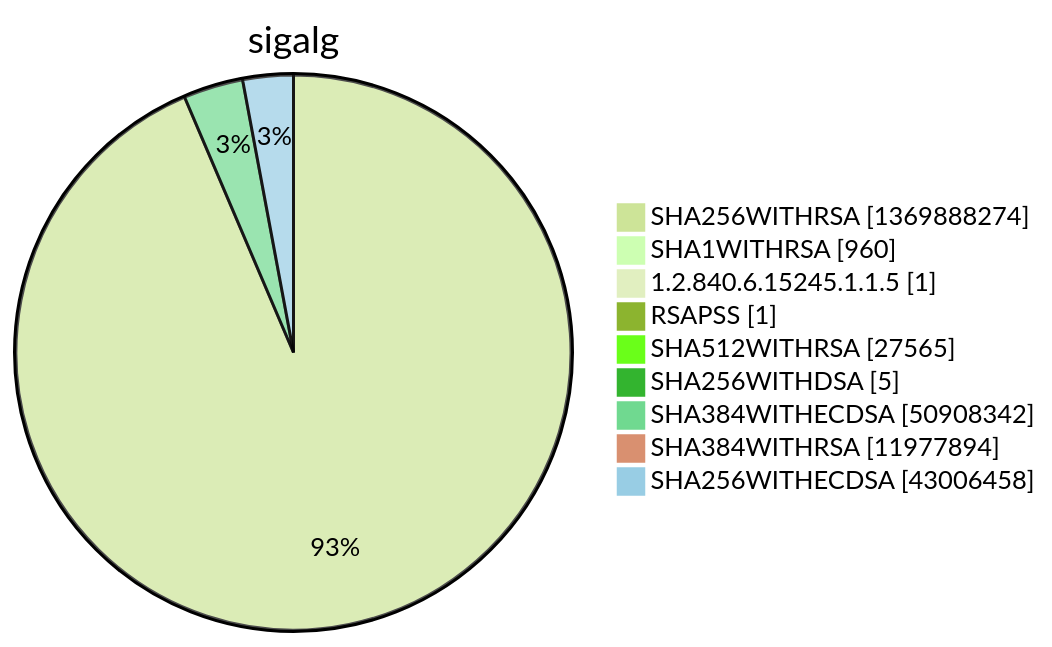
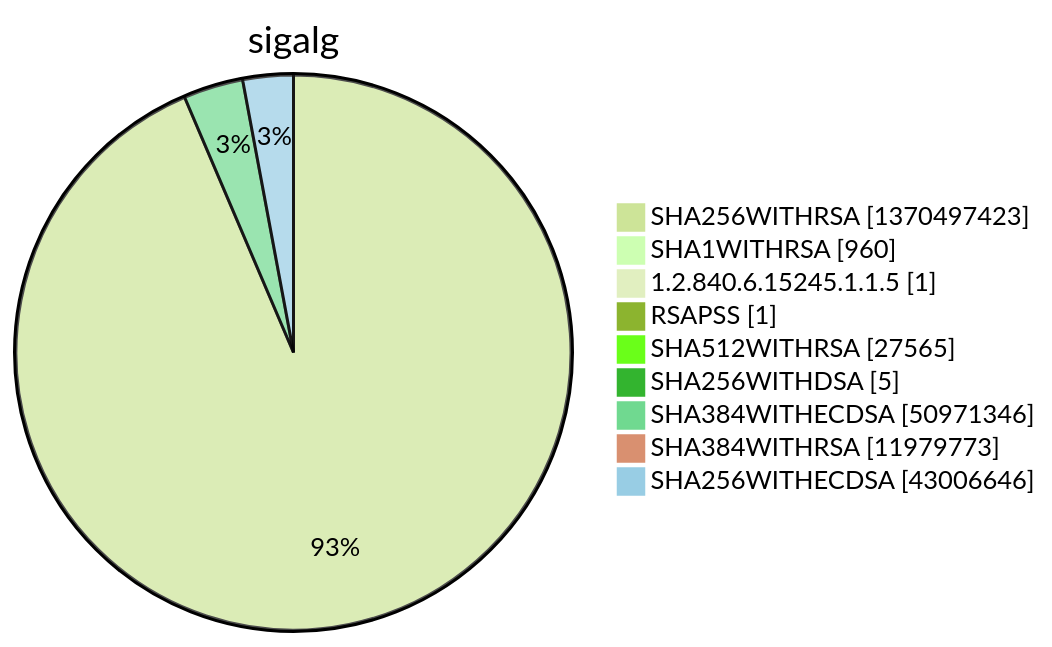
One commit to christiankrug/ctmonitor_visualization changed diagram 15 of 15 in argon2022/README.md. Above: the diagram before and after it, drawn with Mermaid (forest theme). The commit also changed other lines of this file, not shown here.

````diff
--- a/argon2022/README.md
+++ b/argon2022/README.md
@@ -5524,13 +5524,13 @@
 ```mermaid
 pie showData
 title sigalg
-"SHA256WITHRSA" :1369888274
+"SHA256WITHRSA" :1370497423
 "SHA1WITHRSA" :960
 "1.2.840.6.15245.1.1.5" :1
 "RSAPSS" :1
 "SHA512WITHRSA" :27565
 "SHA256WITHDSA" :5
-"SHA384WITHECDSA" :50908342
-"SHA384WITHRSA" :11977894
-"SHA256WITHECDSA" :43006458
+"SHA384WITHECDSA" :50971346
+"SHA384WITHRSA" :11979773
+"SHA256WITHECDSA" :43006646
 ```
````
